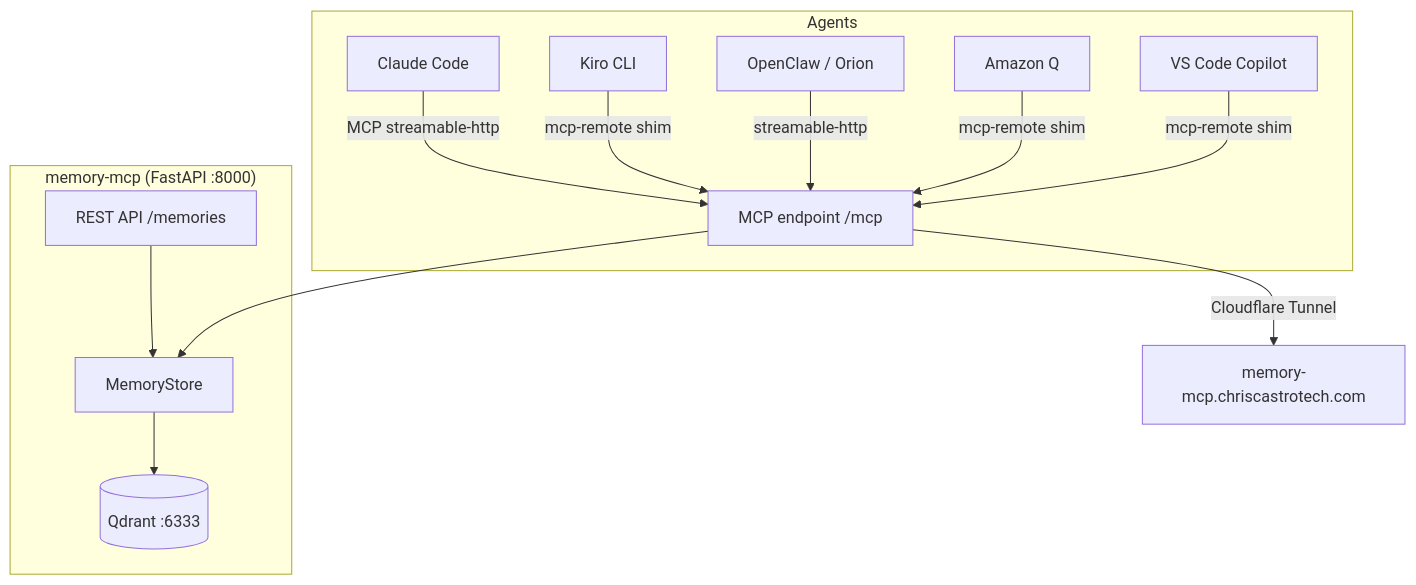
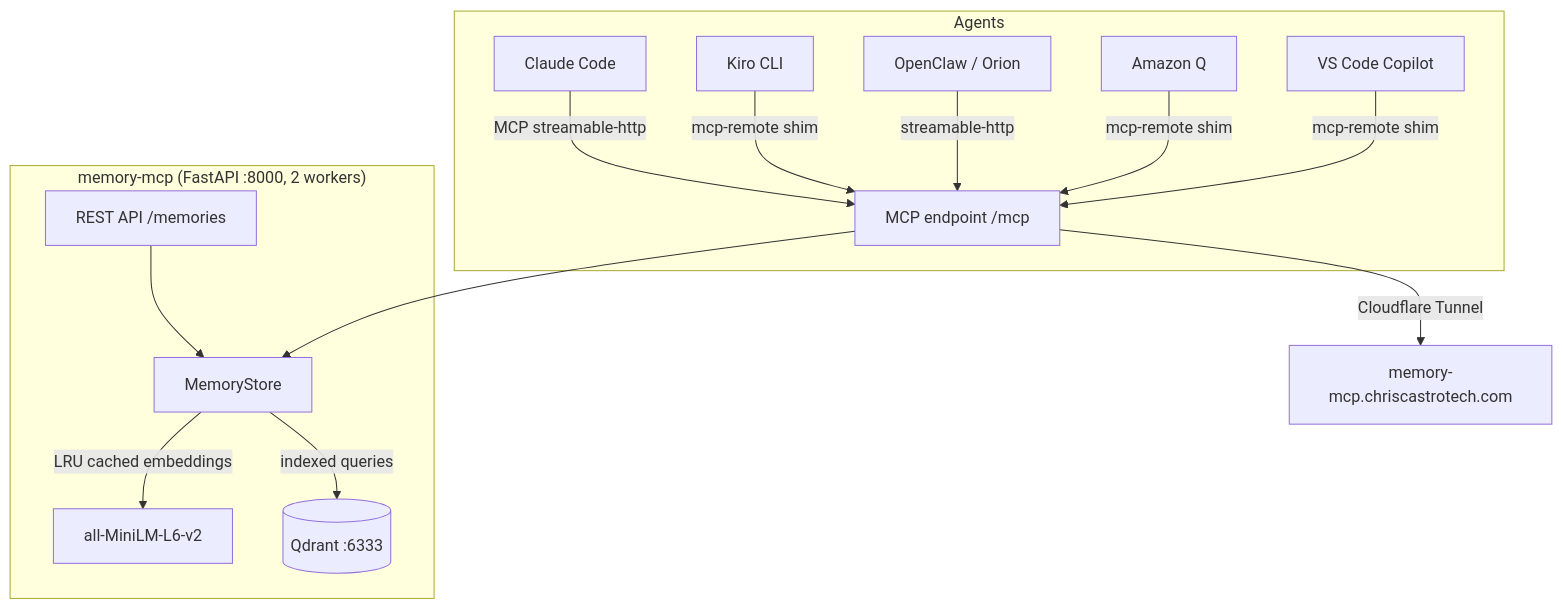
The diagram in README.md (midcityit/memory-mcp), drawn with Mermaid before and after one commit. The commit also changed other lines of this file, not shown here.

````diff
--- a/README.md
+++ b/README.md
@@ -12,18 +12,19 @@
 ```mermaid
 graph TD
     subgraph Agents
         A[Claude Code] -->|MCP streamable-http| M
         B[Kiro CLI] -->|mcp-remote shim| M
         C[OpenClaw / Orion] -->|streamable-http| M
         D[Amazon Q] -->|mcp-remote shim| M
         E[VS Code Copilot] -->|mcp-remote shim| M
     end
 
-    subgraph memory-mcp ["memory-mcp (FastAPI :8000)"]
+    subgraph memory-mcp ["memory-mcp (FastAPI :8000, 2 workers)"]
         M[MCP endpoint /mcp] --> S[MemoryStore]
         R[REST API /memories] --> S
-        S --> Q[(Qdrant :6333)]
+        S -->|LRU cached embeddings| EMB[all-MiniLM-L6-v2]
+        S -->|indexed queries| Q[(Qdrant :6333)]
     end
 
     M -->|Cloudflare Tunnel| CF[memory-mcp.chriscastrotech.com]
 ```
````
